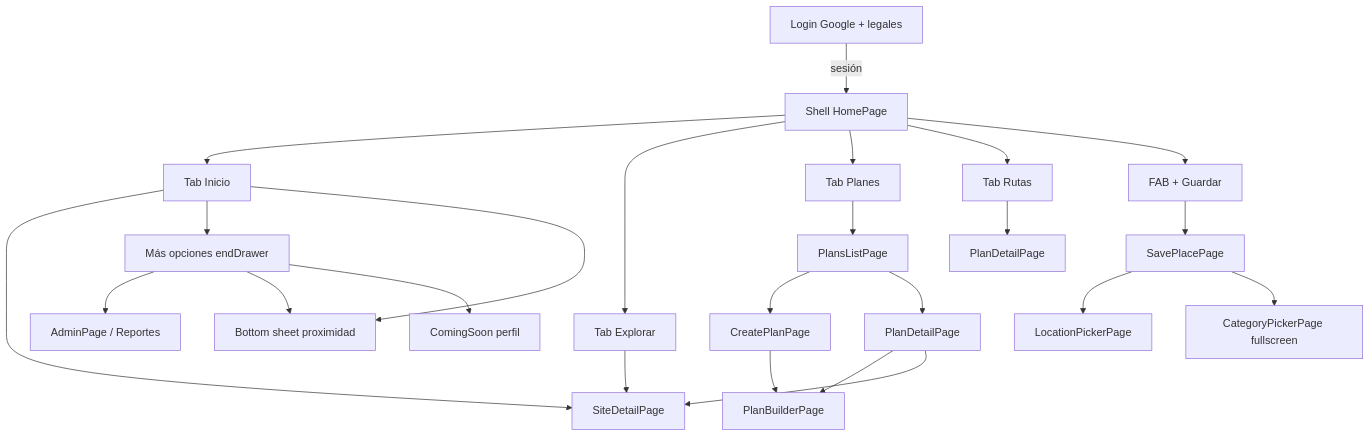
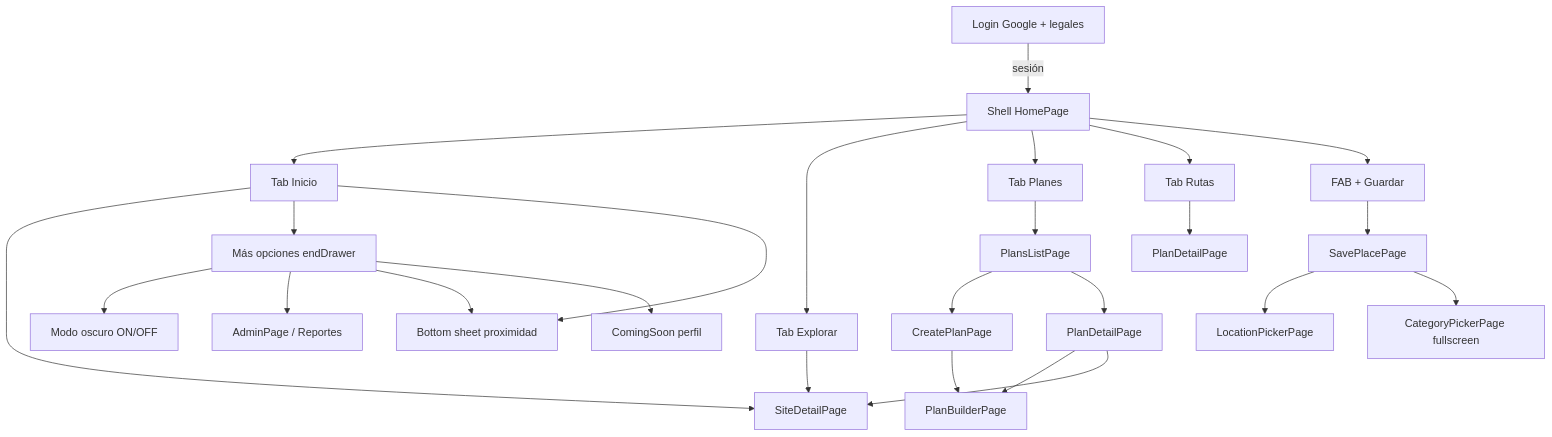
One commit to johntibagan/chevere_plan changed the diagram in docs/ui-navegacion.md. Above: the diagram before and after it, drawn with Mermaid. The commit also changed other lines of this file and 62 other files, not shown here.

````diff
--- a/docs/ui-navegacion.md
+++ b/docs/ui-navegacion.md
@@ -39,28 +39,29 @@
 ```mermaid
 flowchart TB
   Login[Login Google + legales]
   Shell[Shell HomePage]
   Login -->|sesión| Shell
   Shell --> T0[Tab Inicio]
   Shell --> T1[Tab Explorar]
   Shell --> T2[Tab Planes]
   Shell --> T3[Tab Rutas]
   Shell --> FAB[FAB + Guardar]
   FAB --> Save[SavePlacePage]
   T0 --> Ficha[SiteDetailPage]
   T1 --> Ficha
   T2 --> PlanList[PlansListPage]
   PlanList --> Create[CreatePlanPage]
   Create --> Builder[PlanBuilderPage]
   PlanList --> Detail[PlanDetailPage]
   Detail --> Builder
   Detail --> Ficha
   T3 --> PlanDetailFromRoute[PlanDetailPage]
   T0 --> Menu[Más opciones endDrawer]
+  Menu --> ThemeToggle[Modo oscuro ON/OFF]
   Menu --> Admin[AdminPage / Reportes]
   Menu --> Prox[Bottom sheet proximidad]
   Menu --> ProfileSoon[ComingSoon perfil]
   T0 --> Prox
   Save --> Map[LocationPickerPage]
   Save --> Cats[CategoryPickerPage fullscreen]
 ```
````
